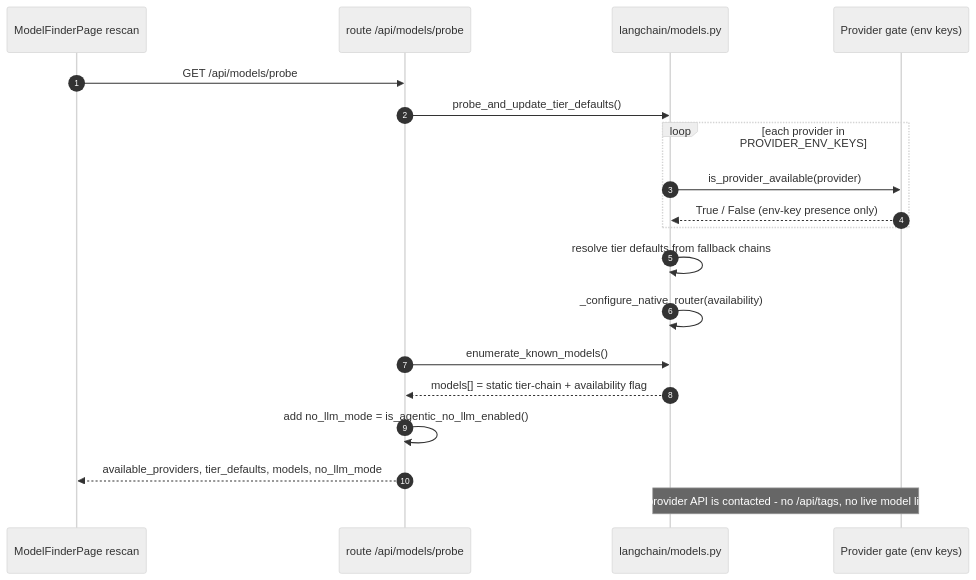
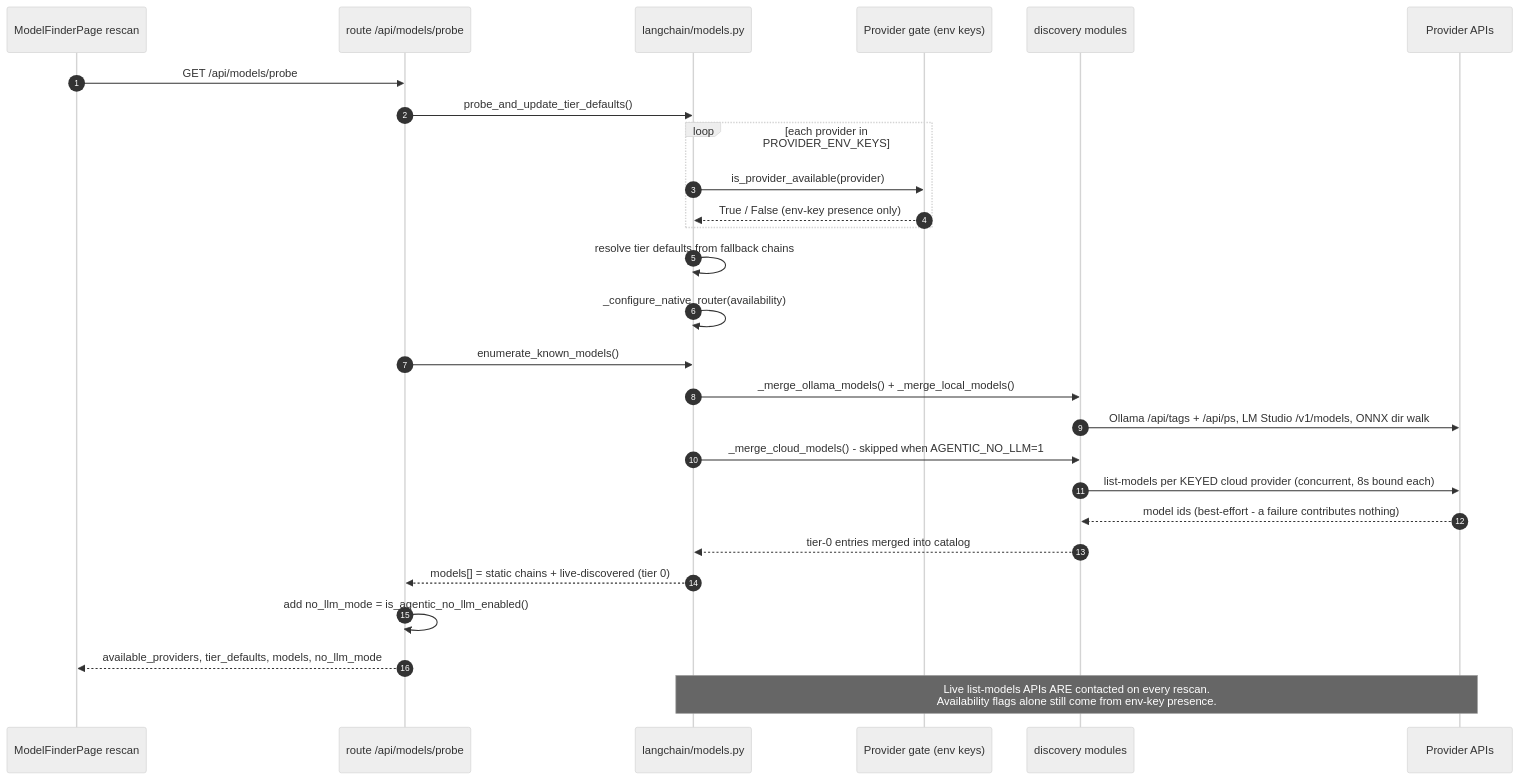
The second of 2 diagrams in agentic-workflows-v2/docs/MODEL_LAYER.md (tafreeman/agentic-runtime-platform), drawn with Mermaid (neutral theme) before and after one commit. The commit also changed other lines of this file, not shown here.

First line of the commit message:
docs(models): sync MODEL_LAYER.md with live cloud discovery

````diff
--- a/agentic-workflows-v2/docs/MODEL_LAYER.md
+++ b/agentic-workflows-v2/docs/MODEL_LAYER.md
@@ -84,21 +110,29 @@
 ```mermaid
 sequenceDiagram
   autonumber
   participant U as ModelFinderPage rescan
   participant R as route /api/models/probe
   participant M as langchain/models.py
   participant G as Provider gate (env keys)
+  participant D as discovery modules
+  participant P as Provider APIs
   U->>R: GET /api/models/probe
   R->>M: probe_and_update_tier_defaults()
   loop each provider in PROVIDER_ENV_KEYS
     M->>G: is_provider_available(provider)
     G-->>M: True / False (env-key presence only)
   end
   M->>M: resolve tier defaults from fallback chains
   M->>M: _configure_native_router(availability)
   R->>M: enumerate_known_models()
-  M-->>R: models[] = static tier-chain + availability flag
+  M->>D: _merge_ollama_models() + _merge_local_models()
+  D->>P: Ollama /api/tags + /api/ps, LM Studio /v1/models, ONNX dir walk
+  M->>D: _merge_cloud_models() - skipped when AGENTIC_NO_LLM=1
+  D->>P: list-models per KEYED cloud provider (concurrent, 8s bound each)
+  P-->>D: model ids (best-effort - a failure contributes nothing)
+  D-->>M: tier-0 entries merged into catalog
+  M-->>R: models[] = static chains + live-discovered (tier 0)
   R->>R: add no_llm_mode = is_agentic_no_llm_enabled()
   R-->>U: available_providers, tier_defaults, models, no_llm_mode
-  Note over M,G: No provider API is contacted - no /api/tags, no live model listing
+  Note over M,P: Live list-models APIs ARE contacted on every rescan.<br/>Availability flags alone still come from env-key presence.
 ```
````
